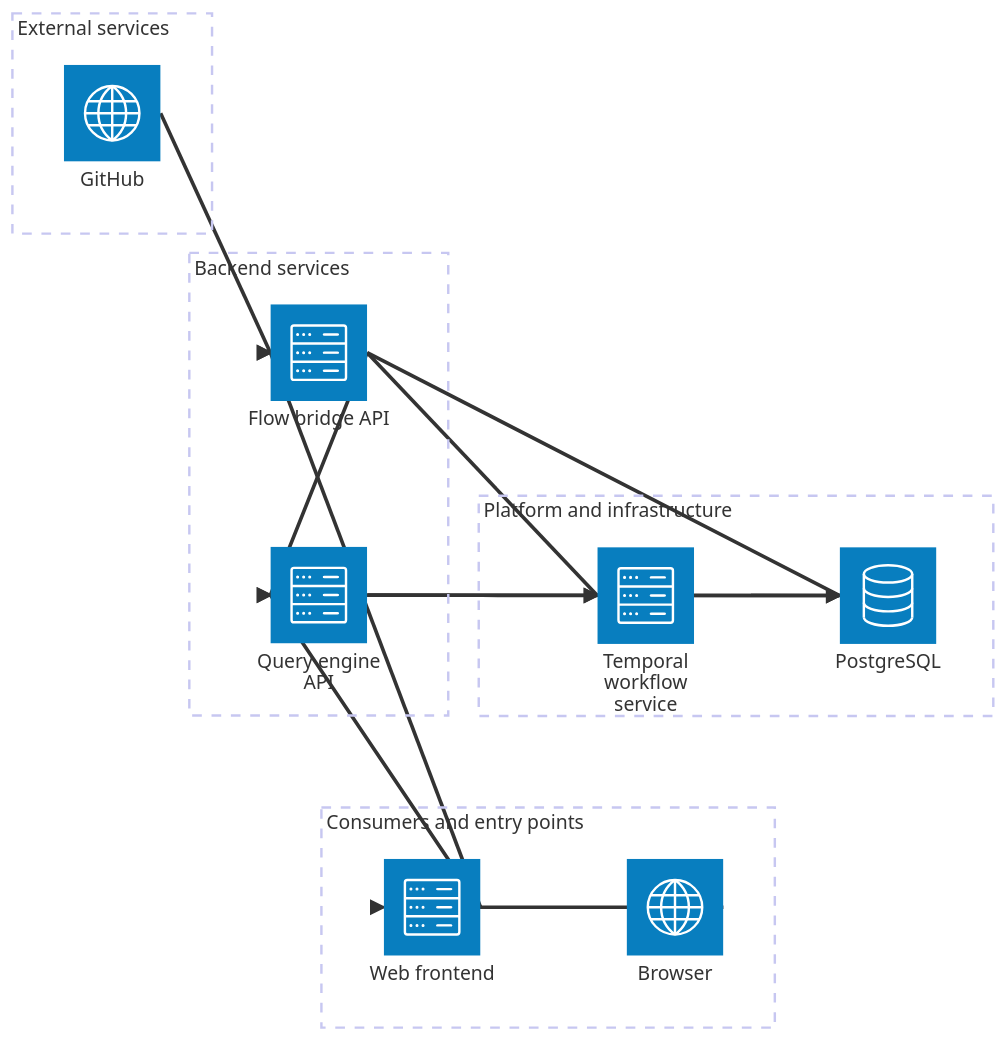
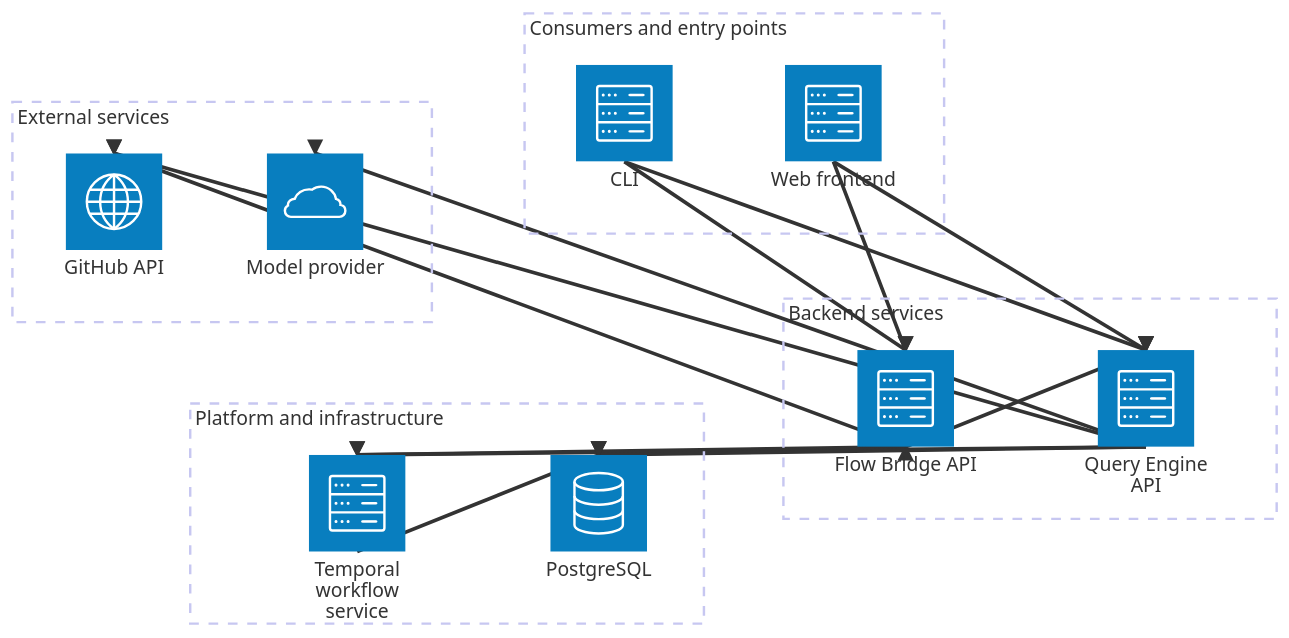
Before and after one commit to unoplat/unoplat-code-confluence: the diagram in architecture.md, drawn with Mermaid. The commit also changed other lines of this file and 21 other files, not shown here.

````diff
--- a/architecture.md
+++ b/architecture.md
@@ -5,28 +5,38 @@
 ```mermaid
 architecture-beta
     group consumers[Consumers and entry points]
     group backend[Backend services]
     group platform[Platform and infrastructure]
     group external[External services]
 
-    service browser(internet)[Browser] in consumers
+    service cli(server)[CLI] in consumers
     service frontend(server)[Web frontend] in consumers
-    service flow_bridge(server)[Flow bridge API] in backend
-    service query_engine(server)[Query engine API] in backend
+
+    service flow_bridge(server)[Flow Bridge API] in backend
+    service query_engine(server)[Query Engine API] in backend
+
     service temporal(server)[Temporal workflow service] in platform
     service postgresql(database)[PostgreSQL] in platform
-    service github(internet)[GitHub] in external
 
-    browser:R --> L:frontend
-    frontend:R --> L:flow_bridge
-    frontend:R --> L:query_engine
-    github:R --> L:flow_bridge
-    flow_bridge:R --> L:query_engine
-    flow_bridge:R --> L:temporal
-    flow_bridge:R --> L:postgresql
-    query_engine:R --> L:temporal
-    query_engine:R --> L:postgresql
-    temporal:R --> L:postgresql
+    service github(internet)[GitHub API] in external
+    service model_provider(cloud)[Model provider] in external
 
-    align column flow_bridge query_engine
+    cli:B --> T:flow_bridge
+    cli:B --> T:query_engine
+    frontend:B --> T:flow_bridge
+    frontend:B --> T:query_engine
+    flow_bridge:B --> T:query_engine
+    flow_bridge:B <--> T:github
+    flow_bridge:B --> T:temporal
+    flow_bridge:B --> T:postgresql
+    query_engine:B --> T:github
+    query_engine:B --> T:model_provider
+    query_engine:B --> T:temporal
+    query_engine:B --> T:postgresql
+    temporal:B --> T:postgresql
+
+    align row cli frontend
+    align row flow_bridge query_engine
+    align row temporal postgresql
+    align row github model_provider
 ```
````
